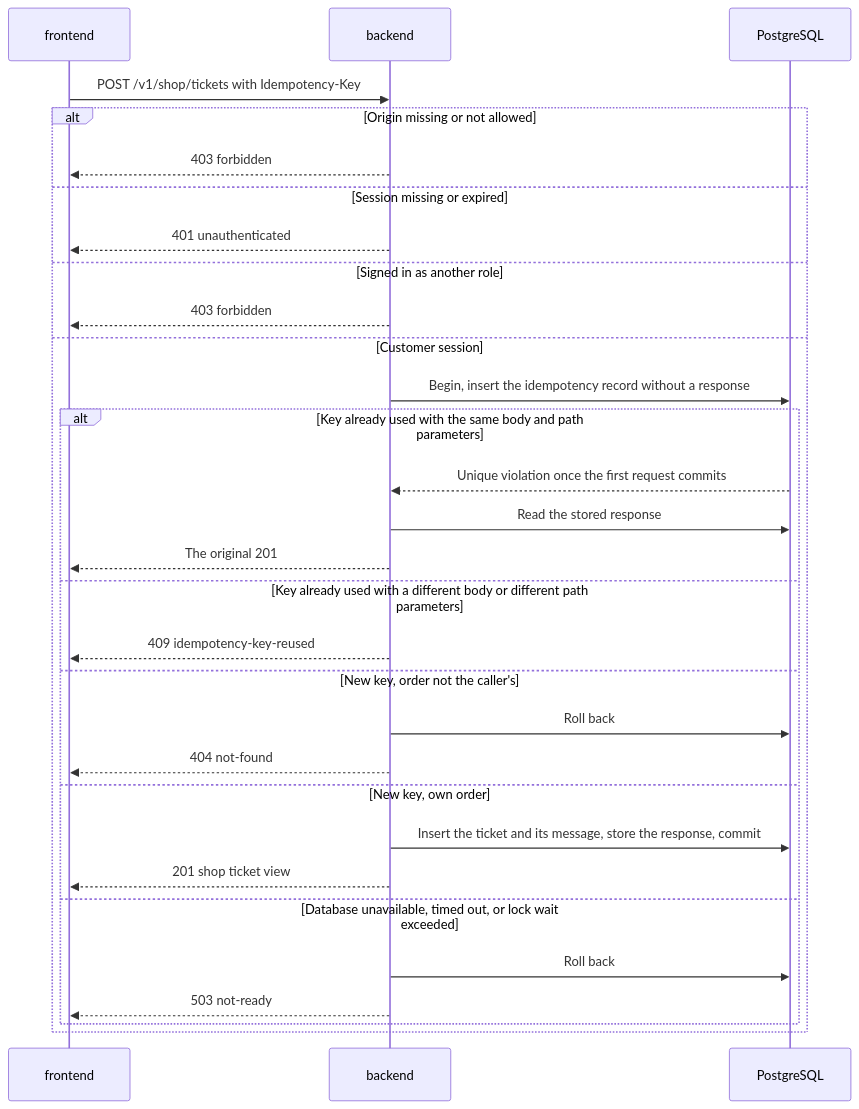
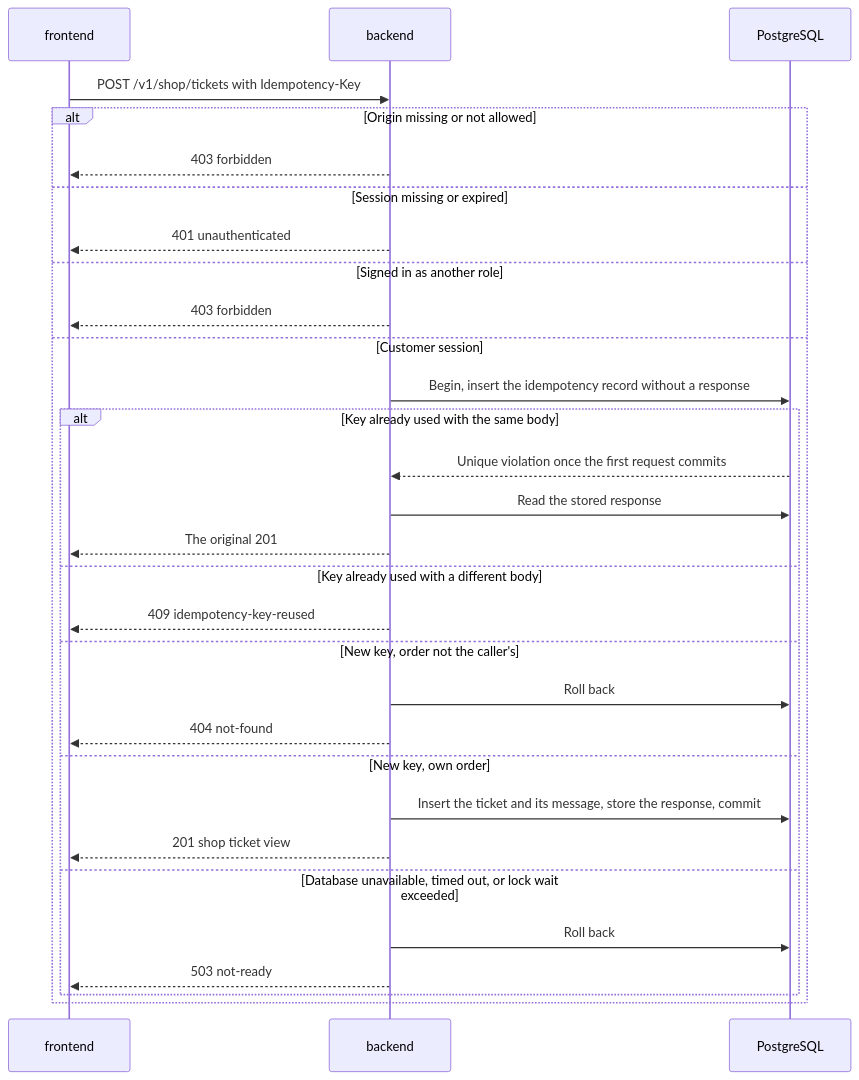
Before and after one commit to ml-system-design-nhom-5/SupportIQ: the second of 3 diagrams in docs/design/backend-foundation.md, drawn with Mermaid. The commit also changed other lines of this file and 1898 other files, not shown here.

````diff
--- a/docs/design/backend-foundation.md
+++ b/docs/design/backend-foundation.md
@@ -148,32 +143,32 @@
 ```mermaid
 sequenceDiagram
     participant FE as frontend
     participant BE as backend
     participant DB as PostgreSQL
     FE->>BE: POST /v1/shop/tickets with Idempotency-Key
     alt Origin missing or not allowed
         BE-->>FE: 403 forbidden
     else Session missing or expired
         BE-->>FE: 401 unauthenticated
     else Signed in as another role
         BE-->>FE: 403 forbidden
     else Customer session
         BE->>DB: Begin, insert the idempotency record without a response
-        alt Key already used with the same body and path parameters
+        alt Key already used with the same body
             DB-->>BE: Unique violation once the first request commits
             BE->>DB: Read the stored response
             BE-->>FE: The original 201
-        else Key already used with a different body or different path parameters
+        else Key already used with a different body
             BE-->>FE: 409 idempotency-key-reused
         else New key, order not the caller's
             BE->>DB: Roll back
             BE-->>FE: 404 not-found
         else New key, own order
             BE->>DB: Insert the ticket and its message, store the response, commit
             BE-->>FE: 201 shop ticket view
         else Database unavailable, timed out, or lock wait exceeded
             BE->>DB: Roll back
             BE-->>FE: 503 not-ready
         end
     end
 ```
````
